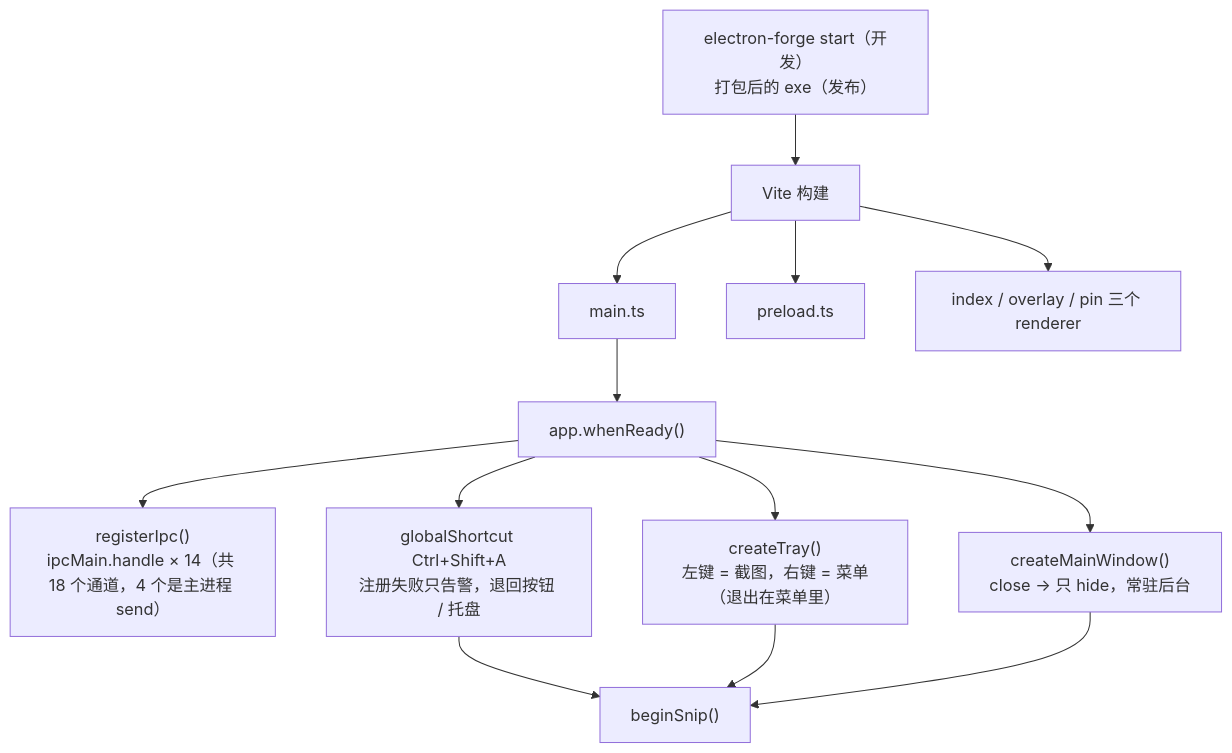
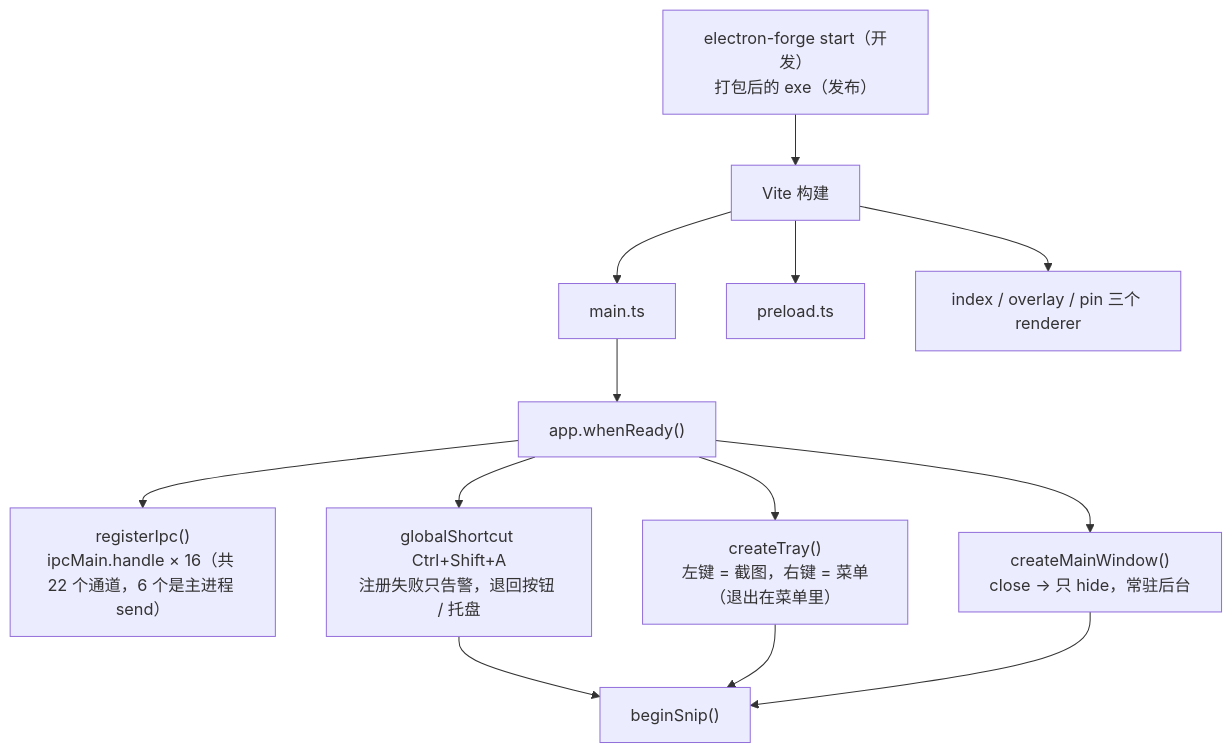
Before and after one commit to dsjerry/screenshots-demo: the second of 4 diagrams in docs/architecture.md, drawn with Mermaid. The commit also changed other lines of this file and 8 other files, not shown here.

````diff
--- a/docs/architecture.md
+++ b/docs/architecture.md
@@ -79,17 +79,17 @@
 ```mermaid
 flowchart TD
     A["electron-forge start（开发）<br/>打包后的 exe（发布）"] --> B["Vite 构建"]
     B --> B1["main.ts"]
     B --> B2["preload.ts"]
     B --> B3["index / overlay / pin 三个 renderer"]
 
     B1 --> C["app.whenReady()"]
-    C --> D["registerIpc()<br/>ipcMain.handle × 14（共 18 个通道，4 个是主进程 send）"]
+    C --> D["registerIpc()<br/>ipcMain.handle × 16（共 22 个通道，6 个是主进程 send）"]
     C --> E["createMainWindow()<br/>close → 只 hide，常驻后台"]
     C --> F["createTray()<br/>左键 = 截图，右键 = 菜单（退出在菜单里）"]
     C --> G["globalShortcut Ctrl+Shift+A<br/>注册失败只告警，退回按钮 / 托盘"]
 
     G --> H["beginSnip()"]
     F --> H
     E --> H
 ```
````
